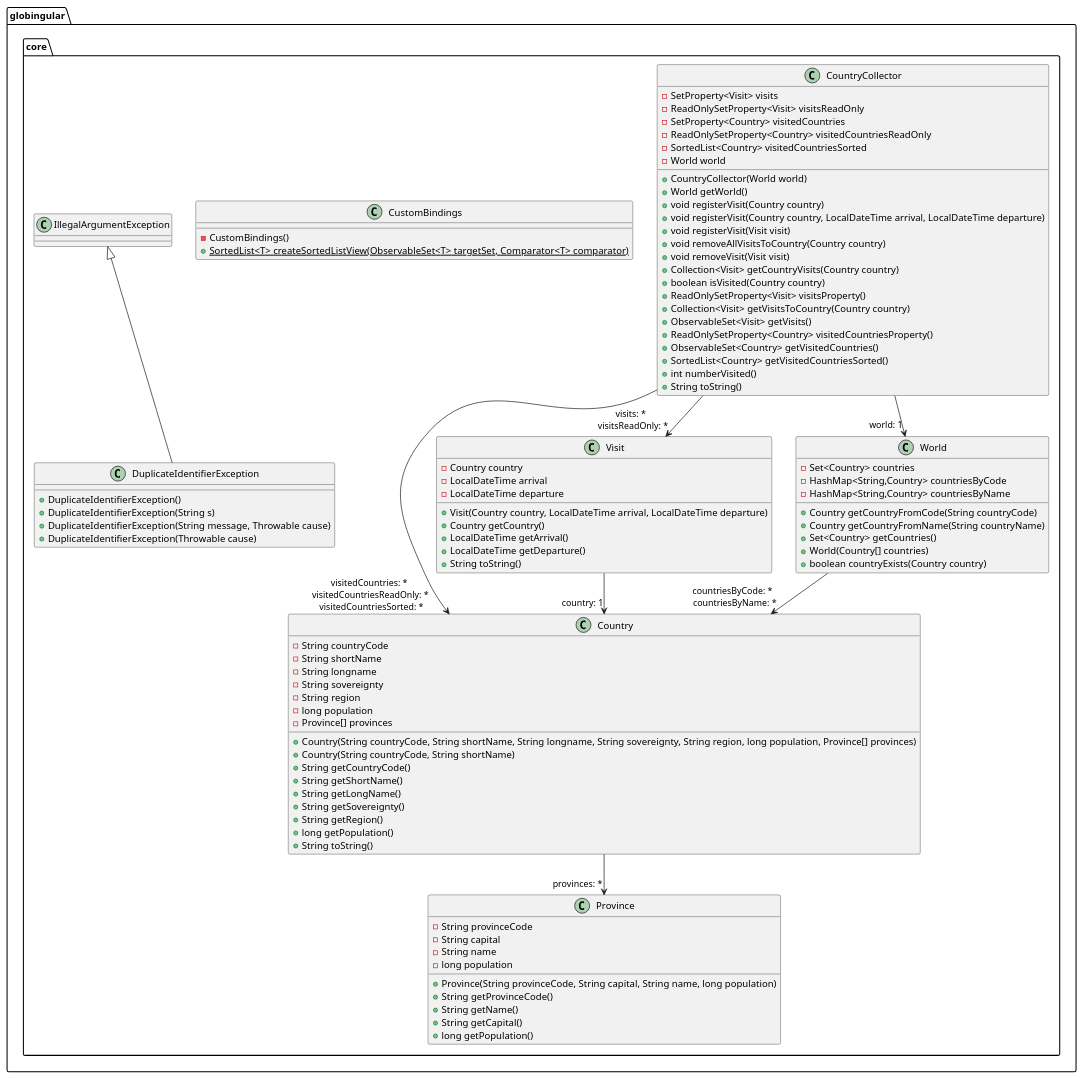
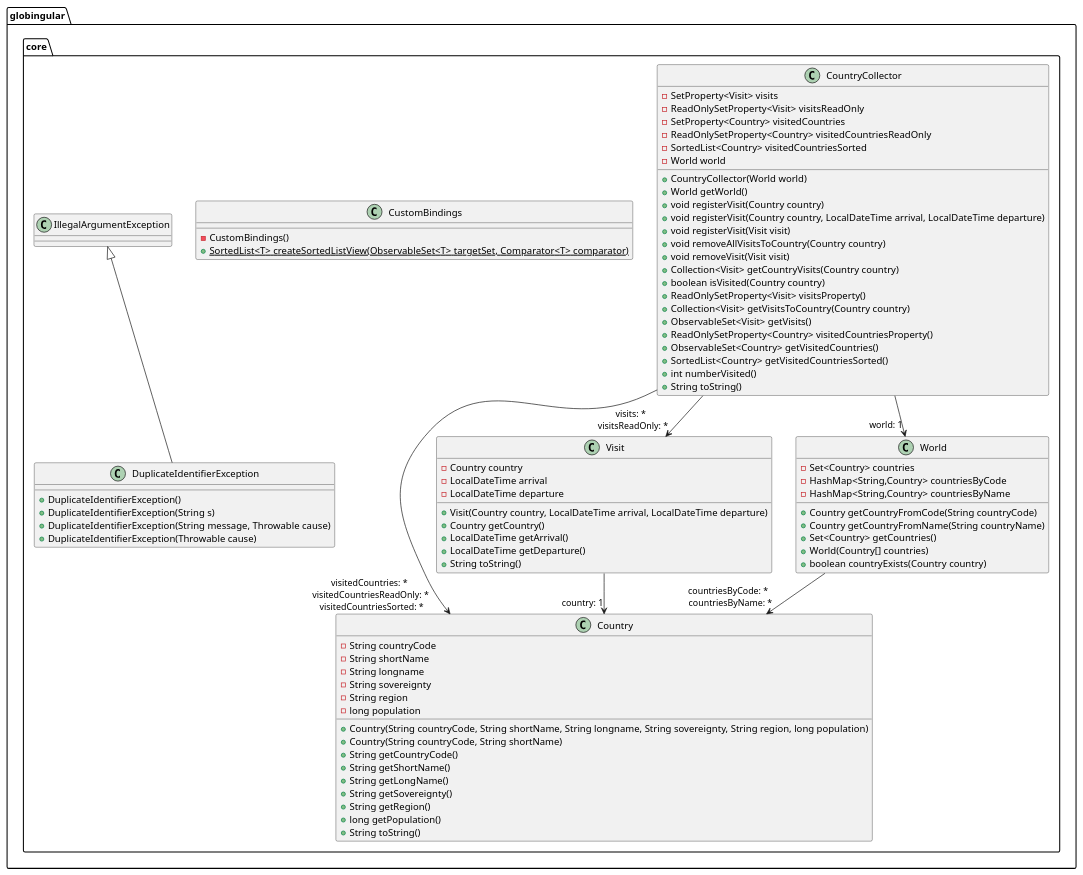
One commit to dotClique/globingular changed the diagram in globingular/core/diagrams/README.md. Above: the diagram before and after it, drawn with PlantUML. The commit also changed 2 other files, not shown here.

Commit message:
Remove last references to Province

```diff
--- a/globingular/core/diagrams/README.md
+++ b/globingular/core/diagrams/README.md
@@ -12,8 +12,7 @@
 		-String sovereignty
 		-String region
 		-long population
-		-Province[] provinces
-		+Country(String countryCode, String shortName, String longname, String sovereignty, String region, long population, Province[] provinces)
+		+Country(String countryCode, String shortName, String longname, String sovereignty, String region, long population)
 		+Country(String countryCode, String shortName)
 		+String getCountryCode()
 		+String getShortName()
@@ -65,18 +64,6 @@
 	}
 	IllegalArgumentException <|-- DuplicateIdentifierException
 	
-	class Province [[java:globingular.core.Province]] {
-		-String provinceCode
-		-String capital
-		-String name
-		-long population
-		+Province(String provinceCode, String capital, String name, long population)
-		+String getProvinceCode()
-		+String getName()
-		+String getCapital()
-		+long getPopulation()
-	}
-	
 	class Visit [[java:globingular.core.Visit]] {
 		-Country country
 		-LocalDateTime arrival
@@ -100,7 +87,6 @@
 	}
 }
 
-Country --> "provinces: *" Province
 CountryCollector --> "world: 1" World
 CountryCollector --> "visits: * \n visitsReadOnly: *" Visit
 CountryCollector --> "visitedCountries: * \n visitedCountriesReadOnly: * \n visitedCountriesSorted: *" Country
```
